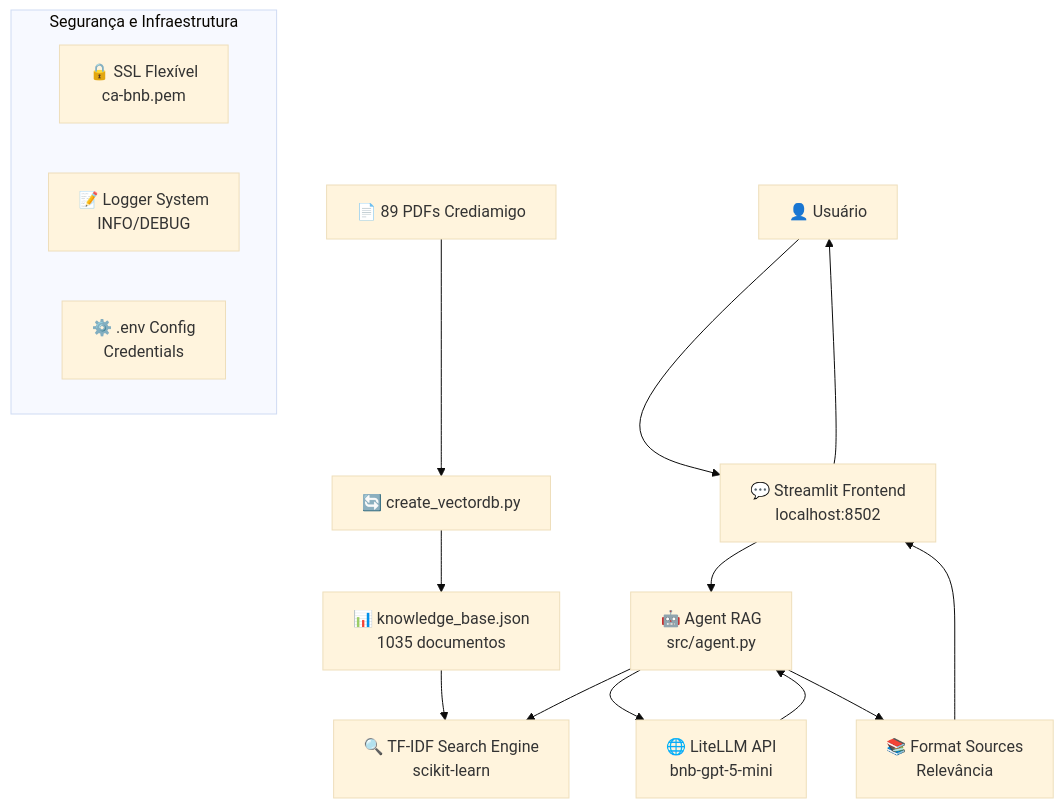
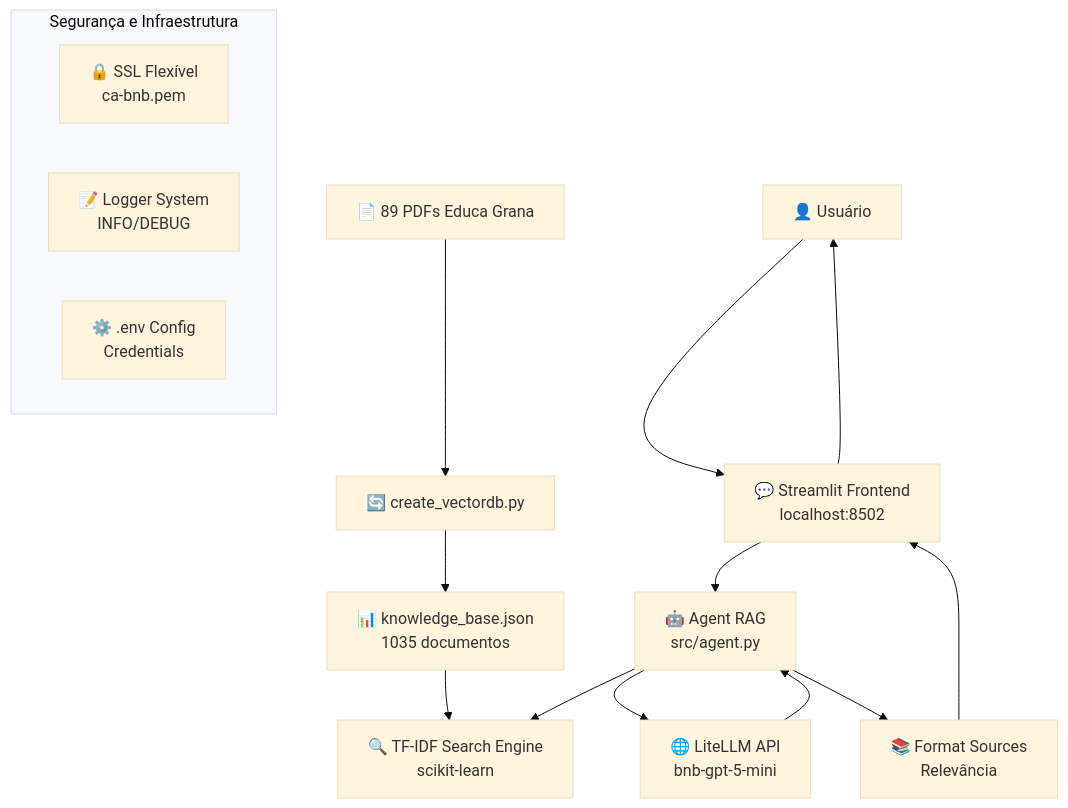
Before and after one commit to esantanap/Educa-Grana: the diagram in README.md, drawn with Mermaid (base theme). The commit also changed other lines of this file and 3 other files, not shown here.

````diff
--- a/README.md
+++ b/README.md
@@ -47,21 +47,21 @@
 ```mermaid
 graph TB
-    A[📄 89 PDFs Crediamigo] --> B[🔄 create_vectordb.py]
+    A[📄 89 PDFs Educa Grana] --> B[🔄 create_vectordb.py]
     B --> C[📊 knowledge_base.json<br/>1035 documentos]
     C --> D[🔍 TF-IDF Search Engine<br/>scikit-learn]
     
     E[👤 Usuário] --> F[💬 Streamlit Frontend<br/>localhost:8502]
     F --> G[🤖 Agent RAG<br/>src/agent.py]
     G --> D
     G --> H[🌐 LiteLLM API<br/>bnb-gpt-5-mini]
     H --> G
     G --> I[📚 Format Sources<br/>Relevância]
     I --> F
     F --> E
     
     subgraph "Segurança e Infraestrutura"
         J[🔒 SSL Flexível<br/>ca-bnb.pem]
         K[📝 Logger System<br/>INFO/DEBUG]
         L[⚙️ .env Config<br/>Credentials]
     end
 ```
````
